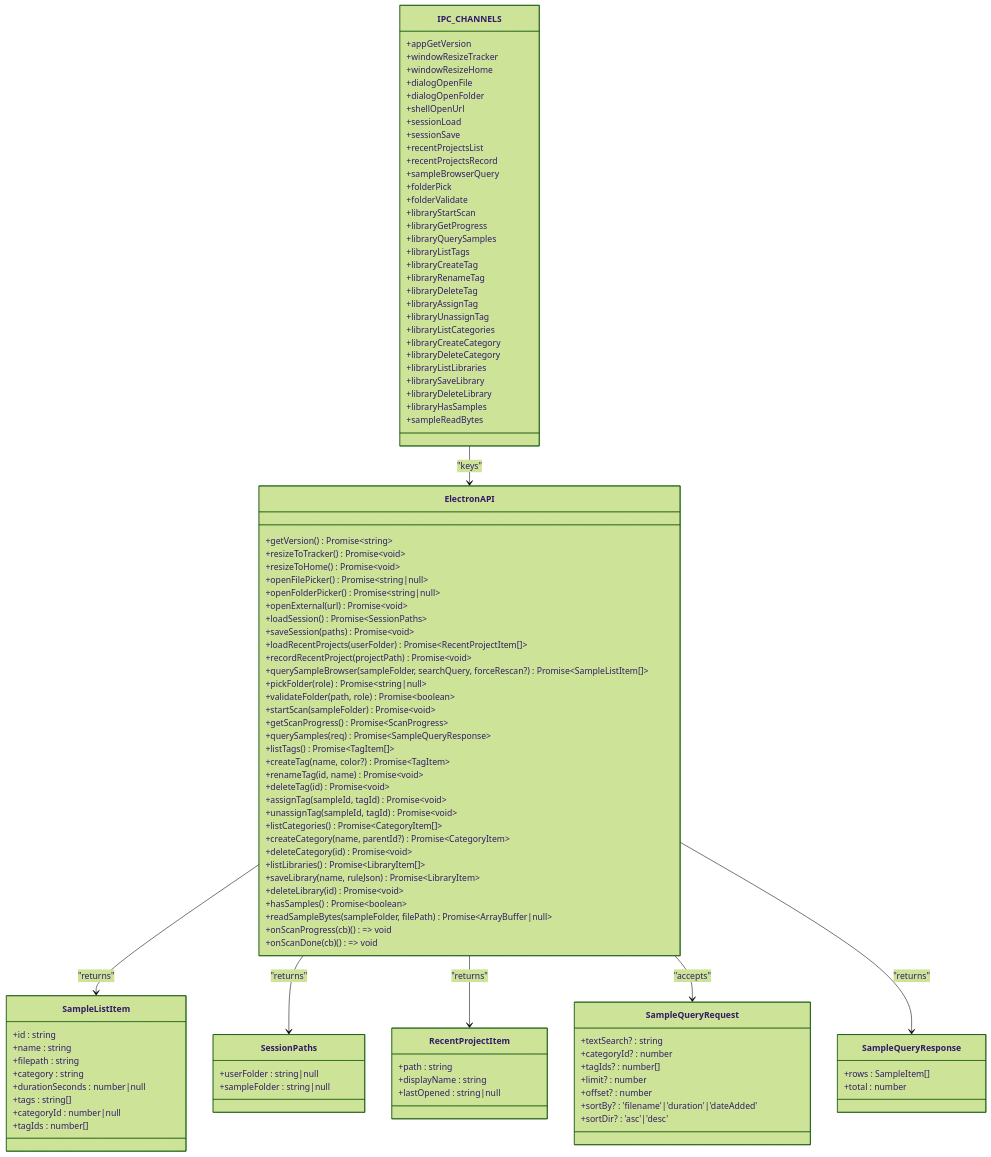
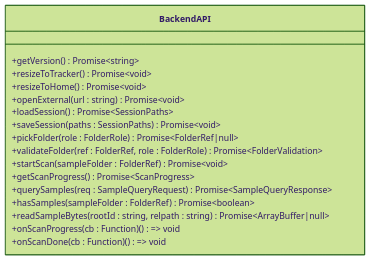
One commit to satyrlord/mixjam-electron changed the fourth of 8 diagrams in .qoder/repowiki/en/content/IPC Communication.md. Above: the diagram before and after it, drawn with Mermaid (forest theme). The commit also changed other lines of this file and 51 other files, not shown here.

````diff
--- a/.qoder/repowiki/en/content/IPC Communication.md
+++ b/.qoder/repowiki/en/content/IPC Communication.md
@@ -140,107 +184,20 @@
 ```mermaid
 classDiagram
-class IPC_CHANNELS {
-+appGetVersion
-+windowResizeTracker
-+windowResizeHome
-+dialogOpenFile
-+dialogOpenFolder
-+shellOpenUrl
-+sessionLoad
-+sessionSave
-+recentProjectsList
-+recentProjectsRecord
-+sampleBrowserQuery
-+folderPick
-+folderValidate
-+libraryStartScan
-+libraryGetProgress
-+libraryQuerySamples
-+libraryListTags
-+libraryCreateTag
-+libraryRenameTag
-+libraryDeleteTag
-+libraryAssignTag
-+libraryUnassignTag
-+libraryListCategories
-+libraryCreateCategory
-+libraryDeleteCategory
-+libraryListLibraries
-+librarySaveLibrary
-+libraryDeleteLibrary
-+libraryHasSamples
-+sampleReadBytes
-}
-class ElectronAPI {
+class BackendAPI {
 +getVersion() Promise~string~
 +resizeToTracker() Promise~void~
 +resizeToHome() Promise~void~
-+openFilePicker() Promise~string|null~
-+openFolderPicker() Promise~string|null~
-+openExternal(url) Promise~void~
++openExternal(url : string) Promise~void~
 +loadSession() Promise~SessionPaths~
-+saveSession(paths) Promise~void~
-+loadRecentProjects(userFolder) Promise~RecentProjectItem[]~
-+recordRecentProject(projectPath) Promise~void~
-+querySampleBrowser(sampleFolder, searchQuery, forceRescan?) Promise~SampleListItem[]~
-+pickFolder(role) Promise~string|null~
-+validateFolder(path, role) Promise~boolean~
-+startScan(sampleFolder) Promise~void~
++saveSession(paths : SessionPaths) Promise~void~
++pickFolder(role : FolderRole) Promise~FolderRef|null~
++validateFolder(ref : FolderRef, role : FolderRole) Promise~FolderValidation~
++startScan(sampleFolder : FolderRef) Promise~void~
 +getScanProgress() Promise~ScanProgress~
-+querySamples(req) Promise~SampleQueryResponse~
-+listTags() Promise~TagItem[]~
-+createTag(name, color?) Promise~TagItem~
-+renameTag(id, name) Promise~void~
-+deleteTag(id) Promise~void~
-+assignTag(sampleId, tagId) Promise~void~
-+unassignTag(sampleId, tagId) Promise~void~
-+listCategories() Promise~CategoryItem[]~
-+createCategory(name, parentId?) Promise~CategoryItem~
-+deleteCategory(id) Promise~void~
-+listLibraries() Promise~LibraryItem[]~
-+saveLibrary(name, ruleJson) Promise~LibraryItem~
-+deleteLibrary(id) Promise~void~
-+hasSamples() Promise~boolean~
-+readSampleBytes(sampleFolder, filePath) Promise~ArrayBuffer|null~
-+onScanProgress(cb) () => void
-+onScanDone(cb) () => void
++querySamples(req : SampleQueryRequest) Promise~SampleQueryResponse~
++hasSamples(sampleFolder : FolderRef) Promise~boolean~
++readSampleBytes(rootId : string, relpath : string) Promise~ArrayBuffer|null~
++onScanProgress(cb : Function) () => void
++onScanDone(cb : Function) () => void
 }
-class SampleListItem {
-+id : string
-+name : string
-+filepath : string
-+category : string
-+durationSeconds : number|null
-+tags : string[]
-+categoryId : number|null
-+tagIds : number[]
-}
-class SessionPaths {
-+userFolder : string|null
-+sampleFolder : string|null
-}
-class RecentProjectItem {
-+path : string
-+displayName : string
-+lastOpened : string|null
-}
-class SampleQueryRequest {
-+textSearch? : string
-+categoryId? : number
-+tagIds? : number[]
-+limit? : number
-+offset? : number
-+sortBy? : 'filename'|'duration'|'dateAdded'
-+sortDir? : 'asc'|'desc'
-}
-class SampleQueryResponse {
-+rows : SampleItem[]
-+total : number
-}
-IPC_CHANNELS --> ElectronAPI : "keys"
-ElectronAPI --> SampleListItem : "returns"
-ElectronAPI --> SessionPaths : "returns"
-ElectronAPI --> RecentProjectItem : "returns"
-ElectronAPI --> SampleQueryRequest : "accepts"
-ElectronAPI --> SampleQueryResponse : "returns"
 ```
````
